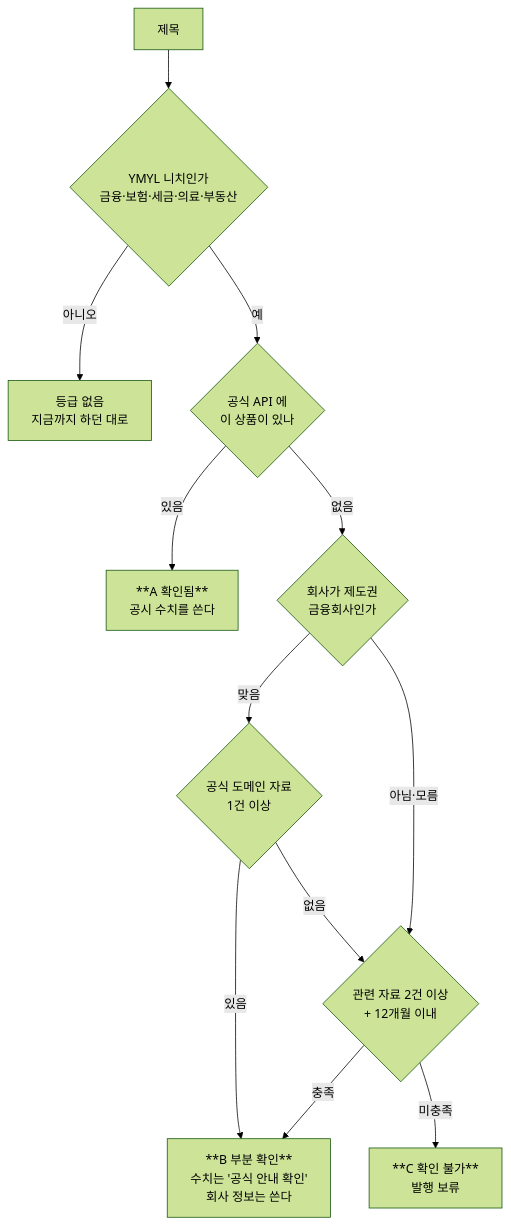
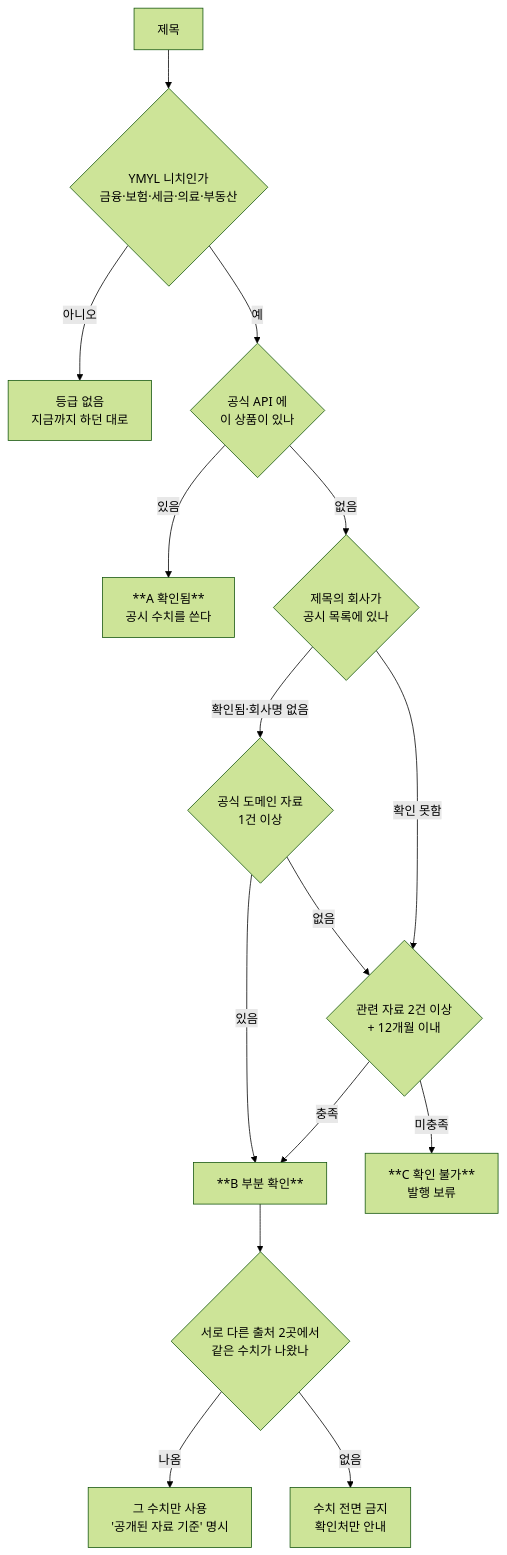
One commit to jteen-lab/blogauto_v2 changed the first of 2 diagrams in services/republish/docs/flowcharts/evidence_hold.md. Above: the diagram before and after it, drawn with Mermaid (forest theme). The commit also changed other lines of this file and 1 other file, not shown here.

````diff
--- a/services/republish/docs/flowcharts/evidence_hold.md
+++ b/services/republish/docs/flowcharts/evidence_hold.md
@@ -12,18 +12,22 @@
 ```mermaid
 flowchart TD
     T[제목] --> Y{YMYL 니치인가<br/>금융·보험·세금·의료·부동산}
     Y -->|아니오| PASS[등급 없음<br/>지금까지 하던 대로]
 
     Y -->|예| API{공식 API 에<br/>이 상품이 있나}
     API -->|있음| A["**A 확인됨**<br/>공시 수치를 쓴다"]
 
-    API -->|없음| CO{회사가 제도권<br/>금융회사인가}
-    CO -->|맞음| WEB1{공식 도메인 자료<br/>1건 이상}
-    CO -->|아님·모름| WEB2
+    API -->|없음| CO{제목의 회사가<br/>공시 목록에 있나}
+    CO -->|확인됨·회사명 없음| WEB1{공식 도메인 자료<br/>1건 이상}
+    CO -->|확인 못함| WEB2
 
-    WEB1 -->|있음| B["**B 부분 확인**<br/>수치는 '공식 안내 확인'<br/>회사 정보는 쓴다"]
+    WEB1 -->|있음| B["**B 부분 확인**"]
     WEB1 -->|없음| WEB2{관련 자료 2건 이상<br/>+ 12개월 이내}
 
     WEB2 -->|충족| B
     WEB2 -->|미충족| C["**C 확인 불가**<br/>발행 보류"]
+
+    B --> X{서로 다른 출처 2곳에서<br/>같은 수치가 나왔나}
+    X -->|나옴| X1[그 수치만 사용<br/>'공개된 자료 기준' 명시]
+    X -->|없음| X2[수치 전면 금지<br/>확인처만 안내]
 ```
````
